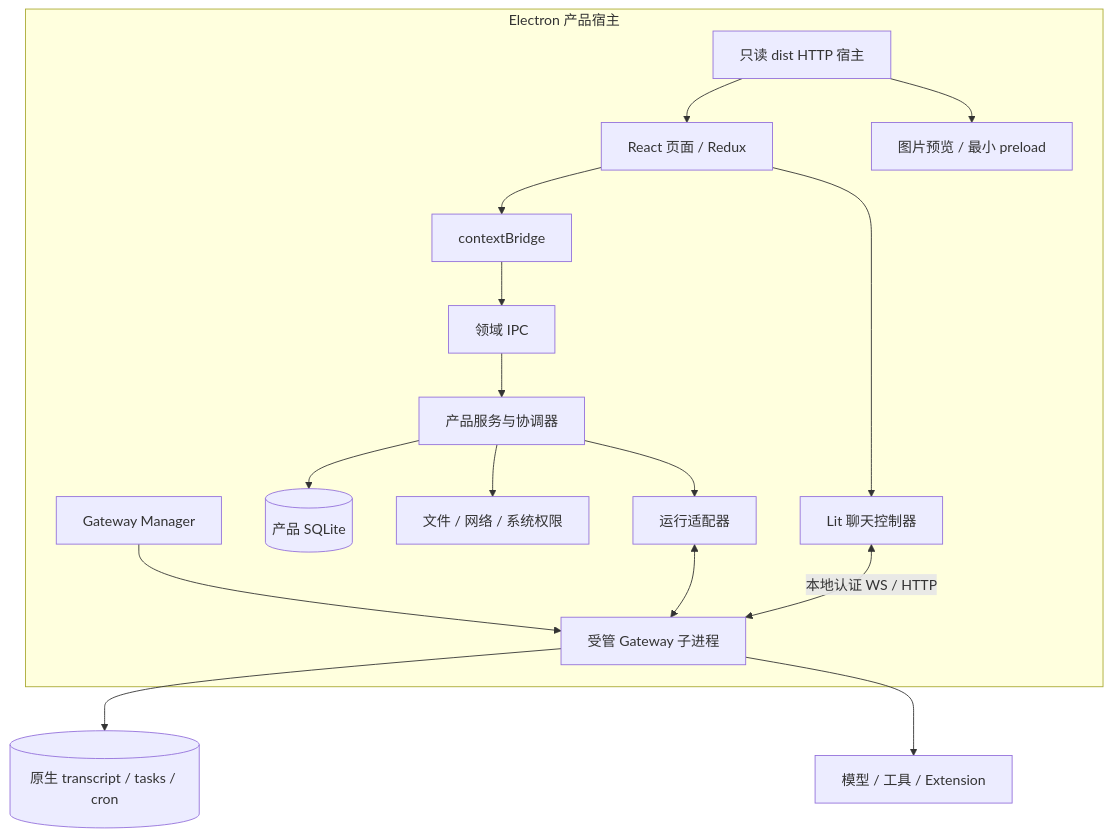
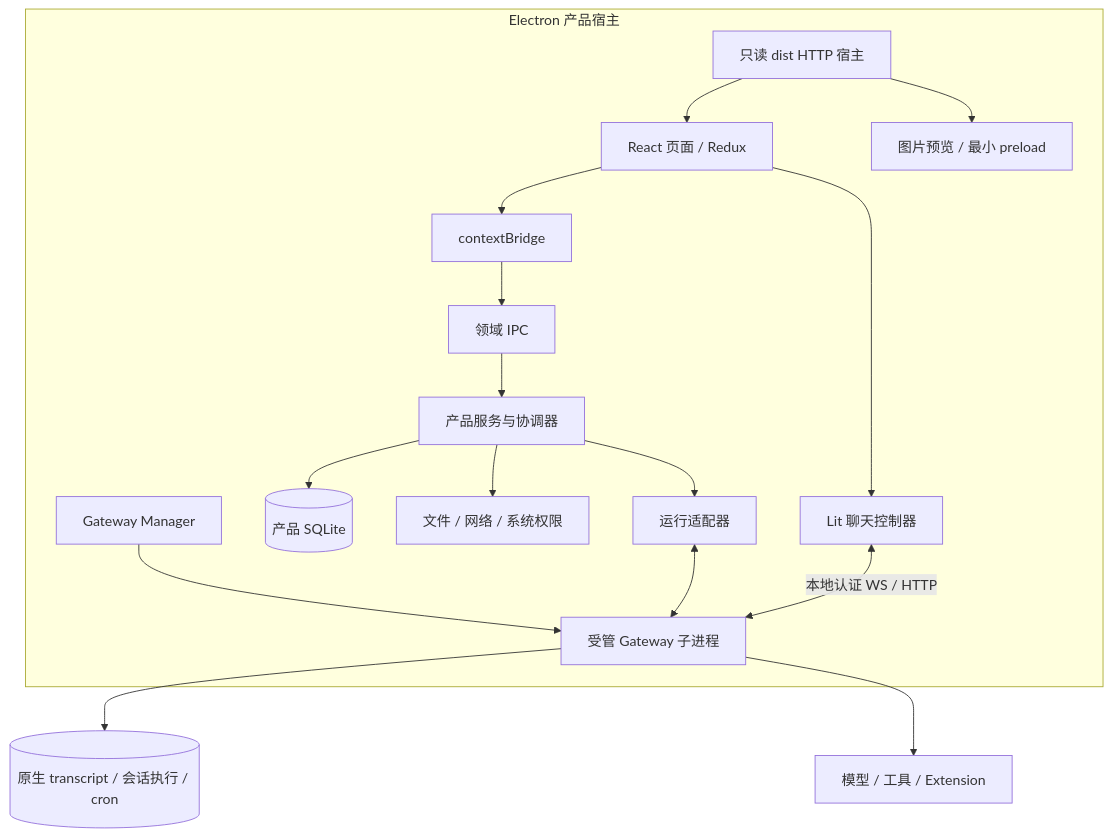
Before and after one commit to liangxhao/JustDo: the first of 2 diagrams in docs/architecture/02-architecture.md, drawn with Mermaid. The commit also changed 31 other files, not shown here.

````diff
--- a/docs/architecture/02-architecture.md
+++ b/docs/architecture/02-architecture.md
@@ -17,19 +17,19 @@
 ```mermaid
 flowchart TB
   subgraph Desktop[Electron 产品宿主]
     Static[只读 dist HTTP 宿主] --> UI
     Static --> Preview[图片预览 / 最小 preload]
     UI[React 页面 / Redux] --> Chat[Lit 聊天控制器]
     UI --> Preload[contextBridge]
     Preload --> IPC[领域 IPC]
     IPC --> Product[产品服务与协调器]
     Product --> DB[(产品 SQLite)]
     Product --> Policy[文件 / 网络 / 系统权限]
     Product --> Adapter[运行适配器]
     Manager[Gateway Manager] --> Process[受管 Gateway 子进程]
     Adapter <--> Process
   end
   Chat <-->|本地认证 WS / HTTP| Process
-  Process --> Native[(原生 transcript / tasks / cron)]
+  Process --> Native[(原生 transcript / 会话执行 / cron)]
   Process --> Runtime[模型 / 工具 / Extension]
 ```
````
